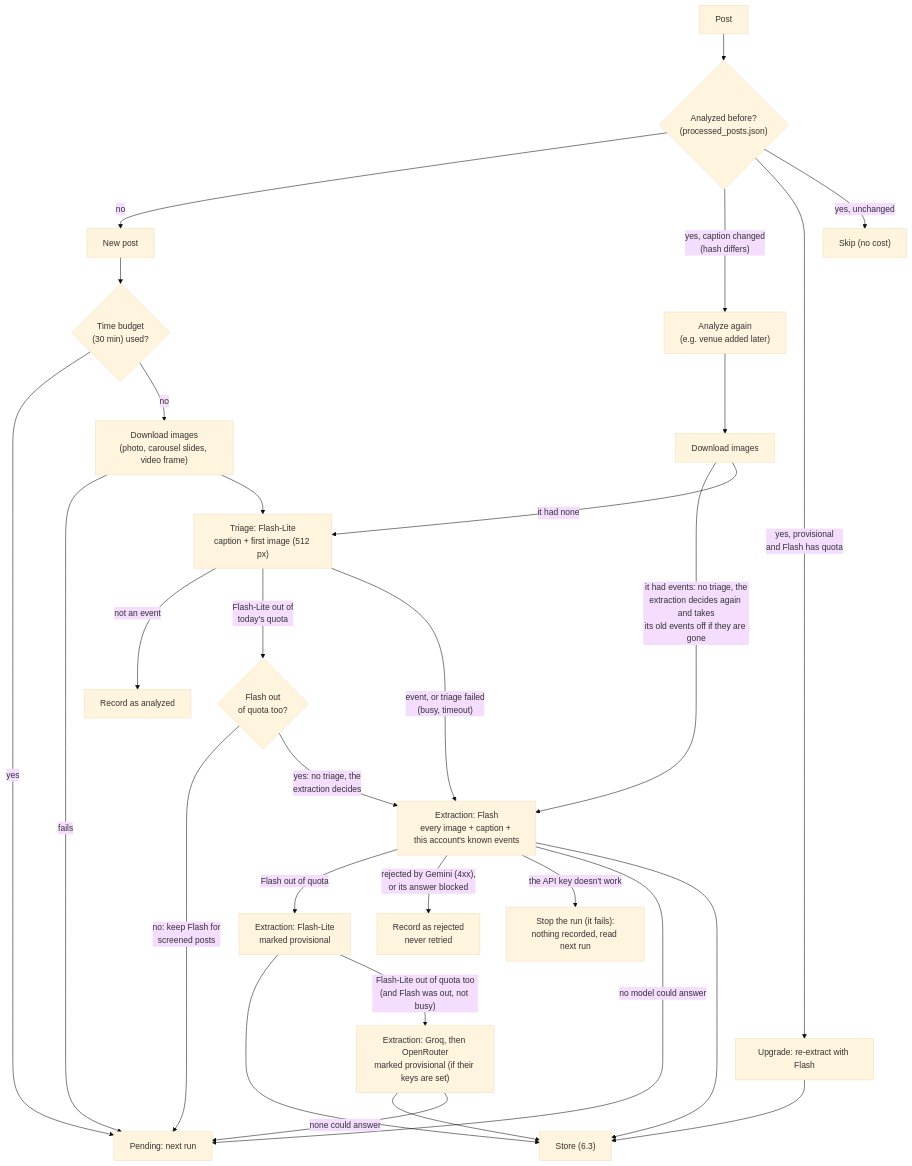
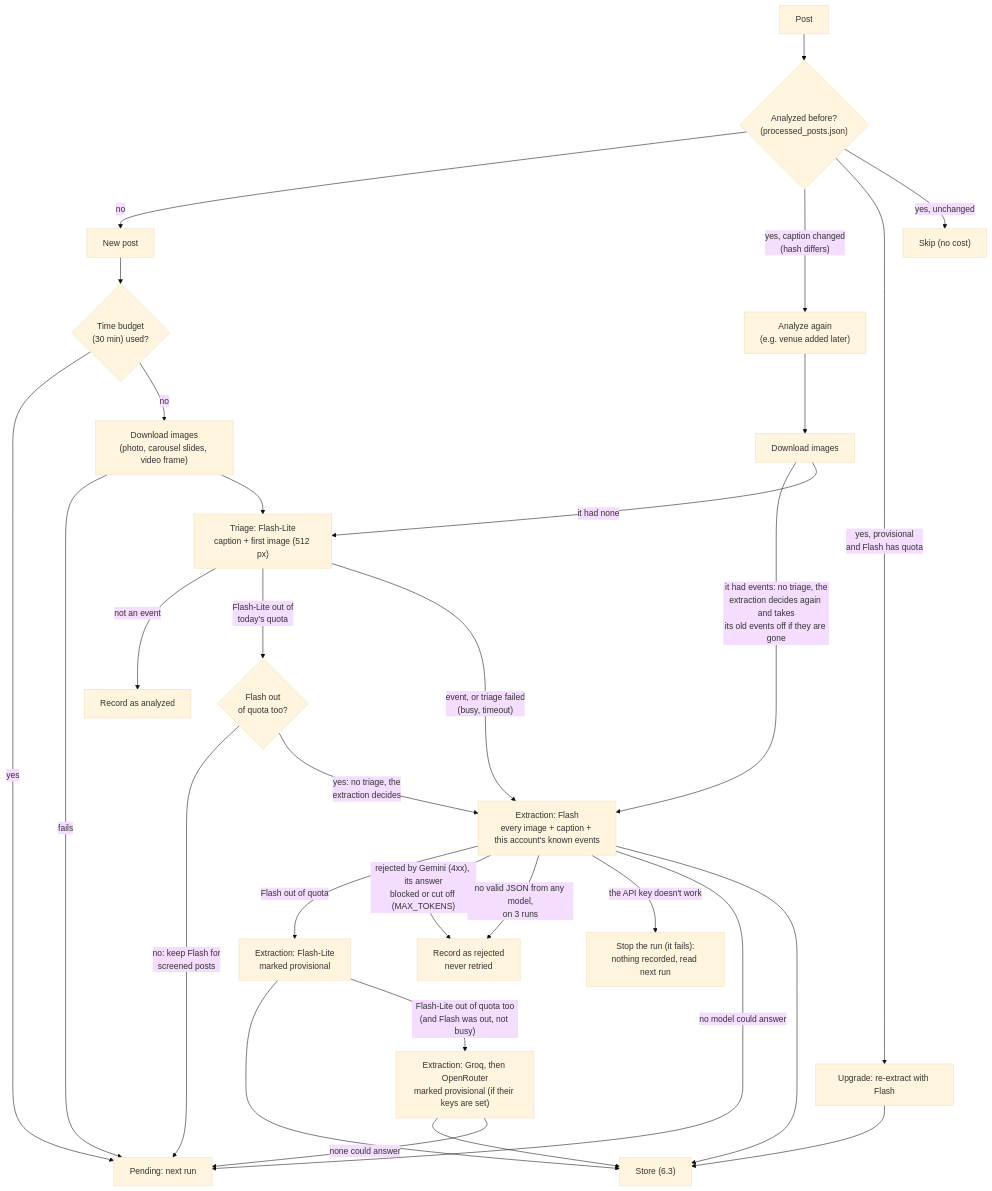
Before and after one commit to pa-bailar/backend: the fourth of 12 diagrams in docs/ARCHITECTURE.md, drawn with Mermaid (base theme). The commit also changed other lines of this file and 8 other files, not shown here.

````diff
--- a/docs/ARCHITECTURE.md
+++ b/docs/ARCHITECTURE.md
@@ -488,30 +488,31 @@
 ```mermaid
 flowchart TD
     P["Post"] --> Q{"Analyzed before?<br/>(processed_posts.json)"}
     Q -->|no| N["New post"]
     Q -->|"yes, caption changed<br/>(hash differs)"| RE["Analyze again<br/>(e.g. venue added later)"]
     Q -->|"yes, provisional<br/>and Flash has quota"| UP["Upgrade: re-extract with Flash"]
     Q -->|"yes, unchanged"| SKIP["Skip (no cost)"]
     N --> T{"Time budget<br/>(30 min) used?"}
     T -->|yes| PEND["Pending: next run"]
     T -->|no| IMG["Download images<br/>(photo, carousel slides, video frame)"]
     RE --> IMG2["Download images"] -->|"it had events: no triage, the<br/>extraction decides again and takes<br/>its old events off if they are gone"| EX
     IMG2 -->|"it had none"| TR
     IMG -->|fails| PEND
     IMG --> TR["Triage: Flash-Lite<br/>caption + first image (512 px)"]
     TR -->|"not an event"| REC["Record as analyzed"]
     TR -->|"Flash-Lite out of<br/>today's quota"| TLR{"Flash out<br/>of quota too?"}
     TLR -->|"no: keep Flash for<br/>screened posts"| PEND
     TLR -->|"yes: no triage, the<br/>extraction decides"| EX
     TR -->|"event, or triage failed<br/>(busy, timeout)"| EX["Extraction: Flash<br/>every image + caption + this account's known events"]
     EX -->|"Flash out of quota"| PROV["Extraction: Flash-Lite<br/>marked provisional"]
-    EX -->|"rejected by Gemini (4xx),<br/>or its answer blocked"| REJ["Record as rejected<br/>never retried"]
+    EX -->|"rejected by Gemini (4xx), its answer<br/>blocked or cut off (MAX_TOKENS)"| REJ["Record as rejected<br/>never retried"]
+    EX -->|"no valid JSON from any model,<br/>on 3 runs"| REJ
     EX -->|"the API key doesn't work"| STOP["Stop the run (it fails):<br/>nothing recorded, read next run"]
     EX -->|"no model could answer"| PEND
     EX --> ST["Store (6.3)"]
     PROV --> ST
     PROV -->|"Flash-Lite out of quota too<br/>(and Flash was out, not busy)"| LAST["Extraction: Groq, then OpenRouter<br/>marked provisional (if their keys are set)"]
     LAST --> ST
     LAST -->|"none could answer"| PEND
     UP --> ST
 ```
````
